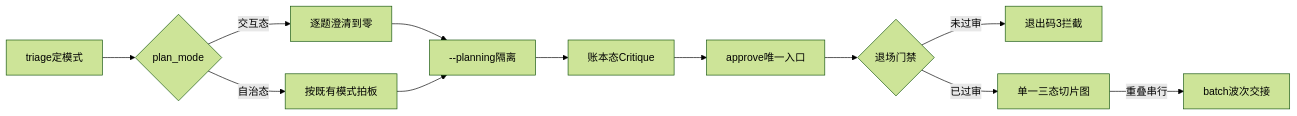
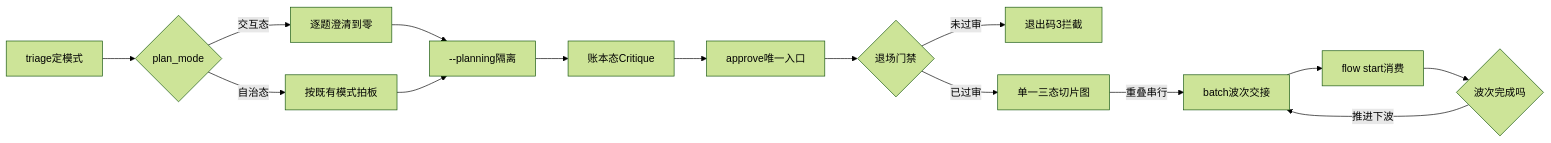
Before and after one commit to FiretrUCK666/project-forge: the fifth of 6 diagrams in docs/TDD.md, drawn with Mermaid (forest theme). The commit also changed other lines of this file and 5 other files, not shown here.

````diff
--- a/docs/TDD.md
+++ b/docs/TDD.md
@@ -306,14 +325,17 @@
 ```mermaid
 flowchart LR
   Tri["triage定模式"] --> Mode{"plan_mode"}
   Mode -- "交互态" --> Inter["逐题澄清到零"]
   Mode -- "自治态" --> Auto["按既有模式拍板"]
   Inter --> Iso["--planning隔离"]
   Auto --> Iso
   Iso --> Crit["账本态Critique"]
   Crit --> Appr["approve唯一入口"]
   Appr --> ExitGate{"退场门禁"}
   ExitGate -- "未过审" --> Block["退出码3拦截"]
   ExitGate -- "已过审" --> Graph["单一三态切片图"]
   Graph -- "重叠串行" --> Batch["batch波次交接"]
+  Batch --> FlowStart["flow start消费"]
+  FlowStart --> WaveDone{"波次完成吗"}
+  WaveDone -- "推进下波" --> Batch
 ```
````
